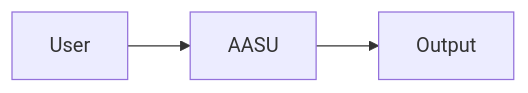
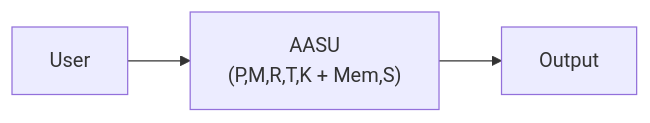
Before and after one commit to SAISec/AASU: the first of 4 diagrams in docs/whitepapers/AASU_White_Paper_Publish_Ready_v1_2.md, drawn with Mermaid. The commit also changed other lines of this file and 22 other files, not shown here.

Commit message:
Extend AASU PMRTK with memory/skill components and update docs/mermaid

````diff
--- a/docs/whitepapers/AASU_White_Paper_Publish_Ready_v1_2.md
+++ b/docs/whitepapers/AASU_White_Paper_Publish_Ready_v1_2.md
@@ -53,5 +55,5 @@
 ``` mermaid
 flowchart LR
-    User --> AASU
+    User --> AASU["AASU<br/>(P,M,R,T,K + Mem,S)"]
     AASU --> Output
 ```
````
